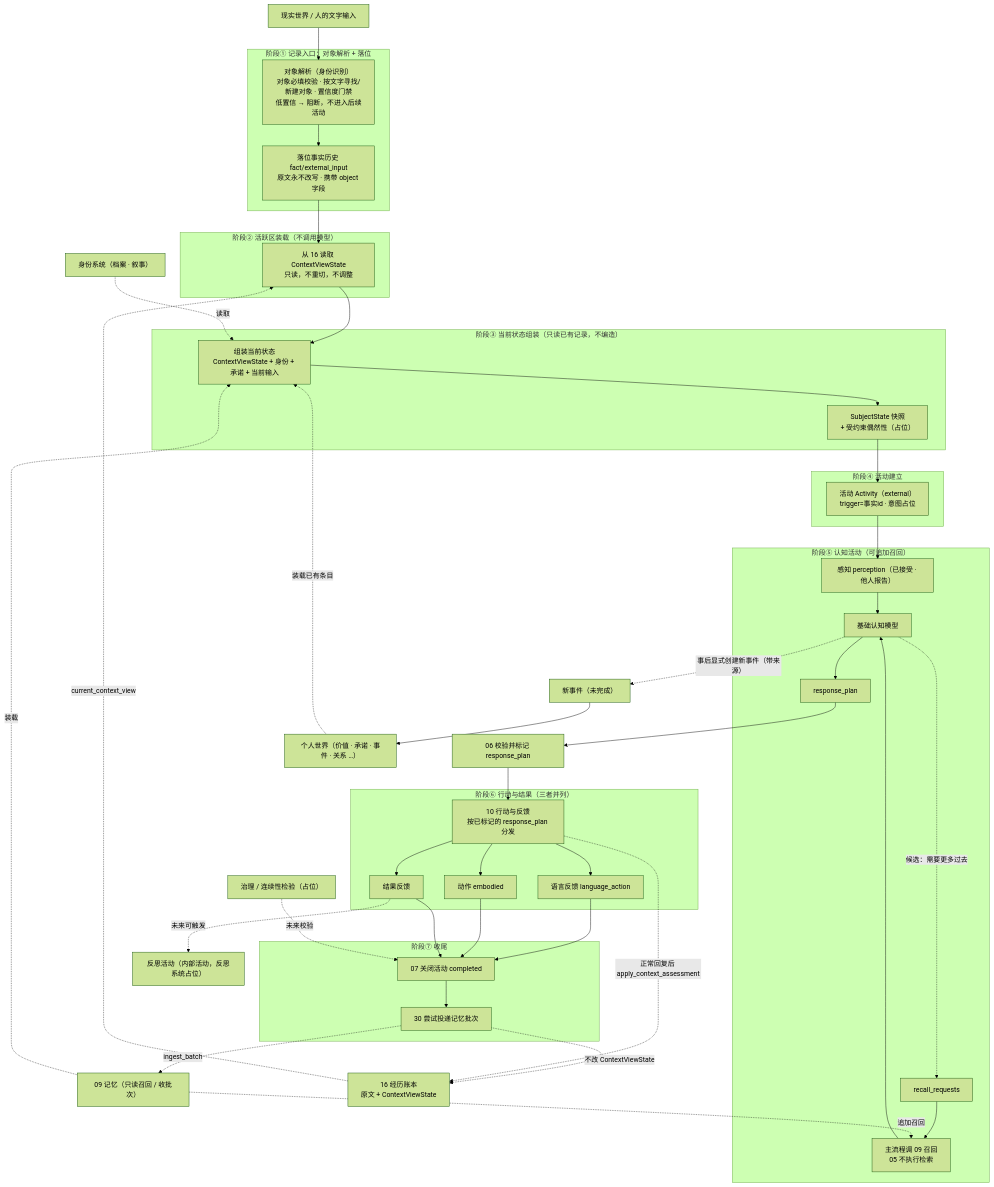
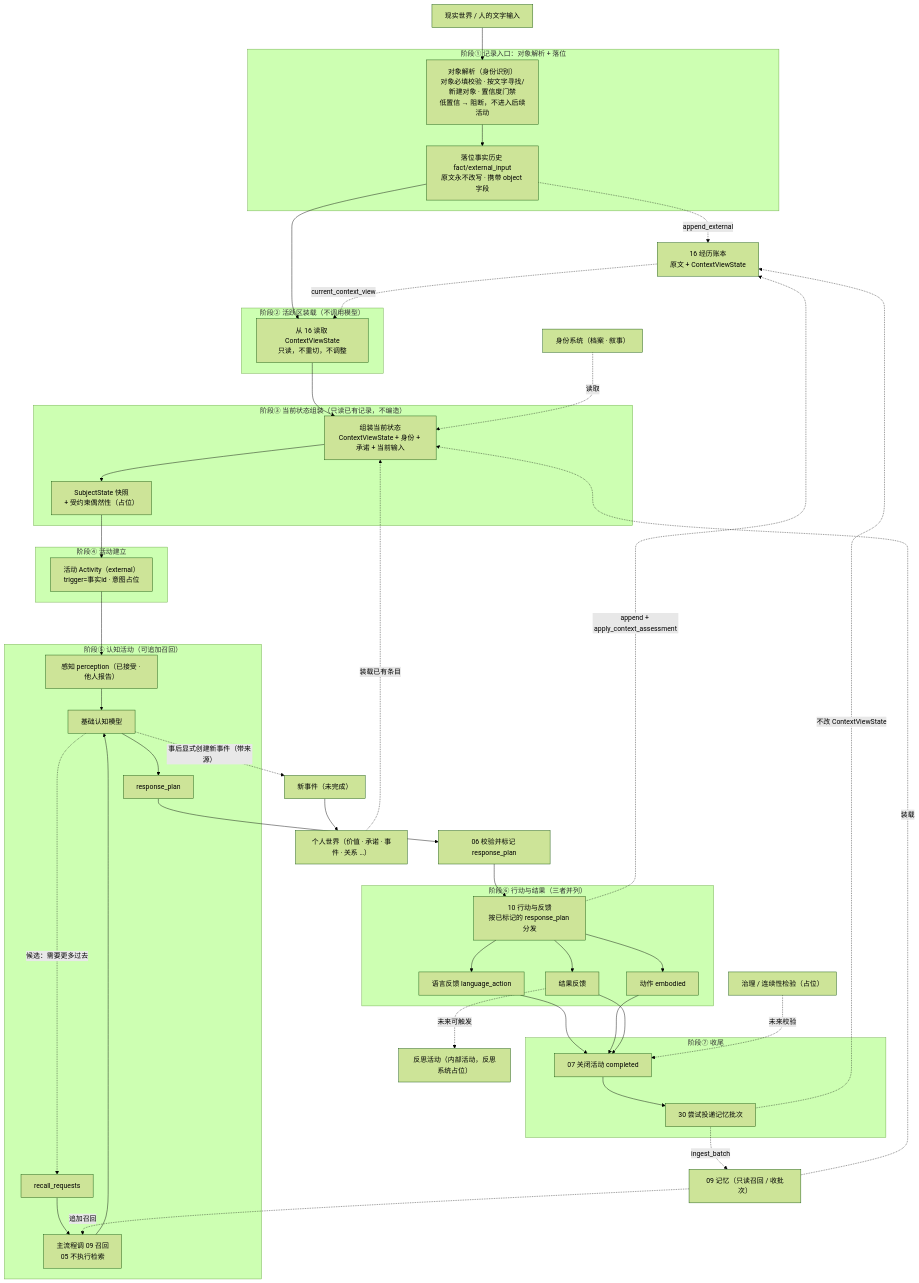
The diagram in doc/design/00-流程总览与输入边界.md (Llllsuhdjhhd/JShi), drawn with Mermaid (forest theme) before and after one commit. The commit also changed other lines of this file and 28 other files, not shown here.

First line of the commit message:
feat: drop thought from the main path and sync flow status

```diff
--- a/doc/design/00-流程总览与输入边界.md
+++ b/doc/design/00-流程总览与输入边界.md
@@ -24,6 +24,7 @@
         P1 --> P2
     end
 
+    P2 -. "append_external" .-> LED
     P2 --> P3
 
     subgraph S2["阶段② 活跃区装载（不调用模型）"]
@@ -90,7 +91,7 @@
     MEM -. "追加召回" .-> Q2
     P12 -. "ingest_batch" .-> MEM
     P12 -. "不改 ContextViewState" .-> LED
-    P10 -. "正常回复后 apply_context_assessment" .-> LED
+    P10 -. "append + apply_context_assessment" .-> LED
 
     G1["治理 / 连续性检验（占位）"] -. "未来校验" .-> P11
     P8 -. "事后显式创建新事件（带来源）" .-> N1["新事件（未完成）"]
```
